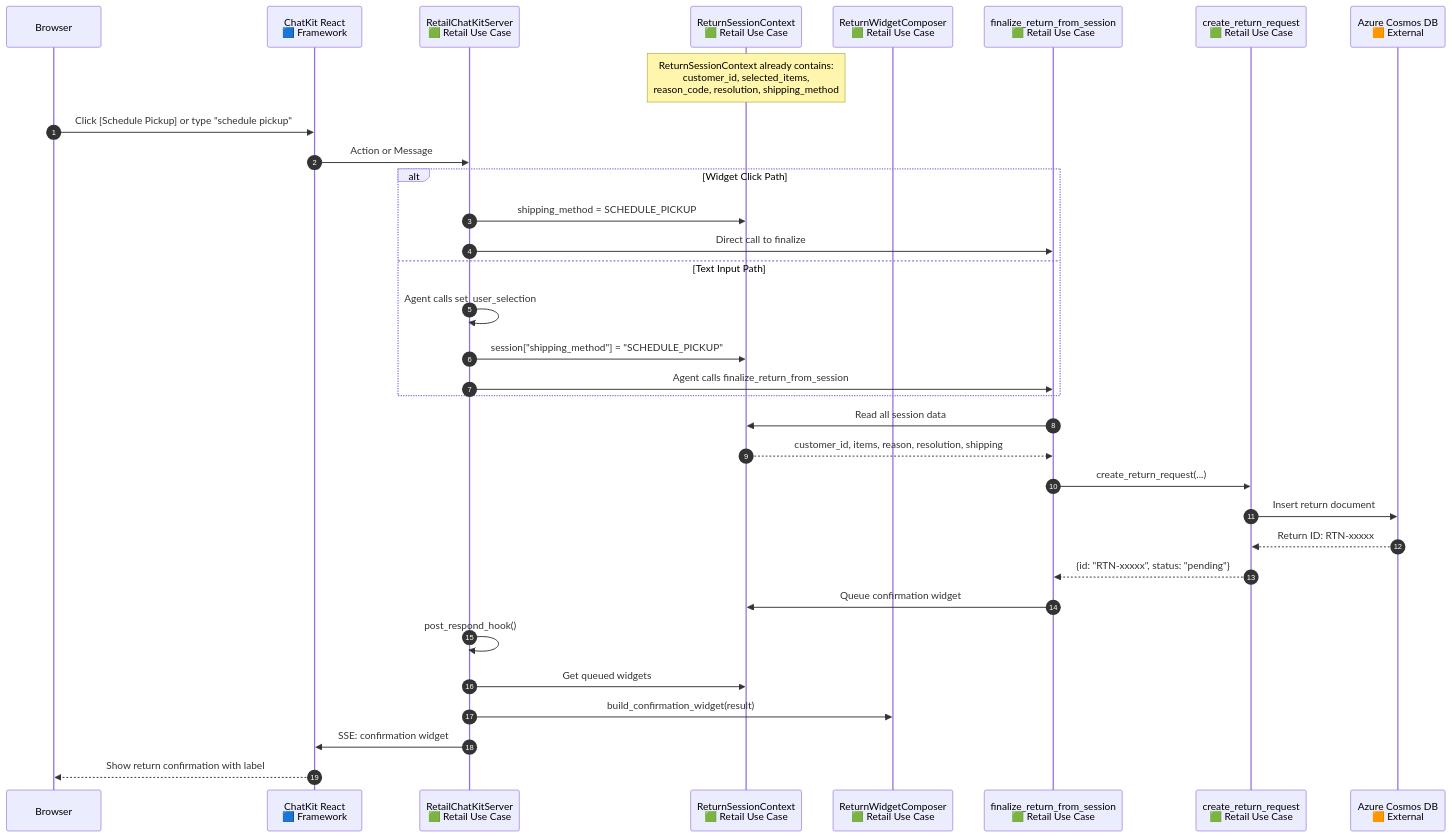
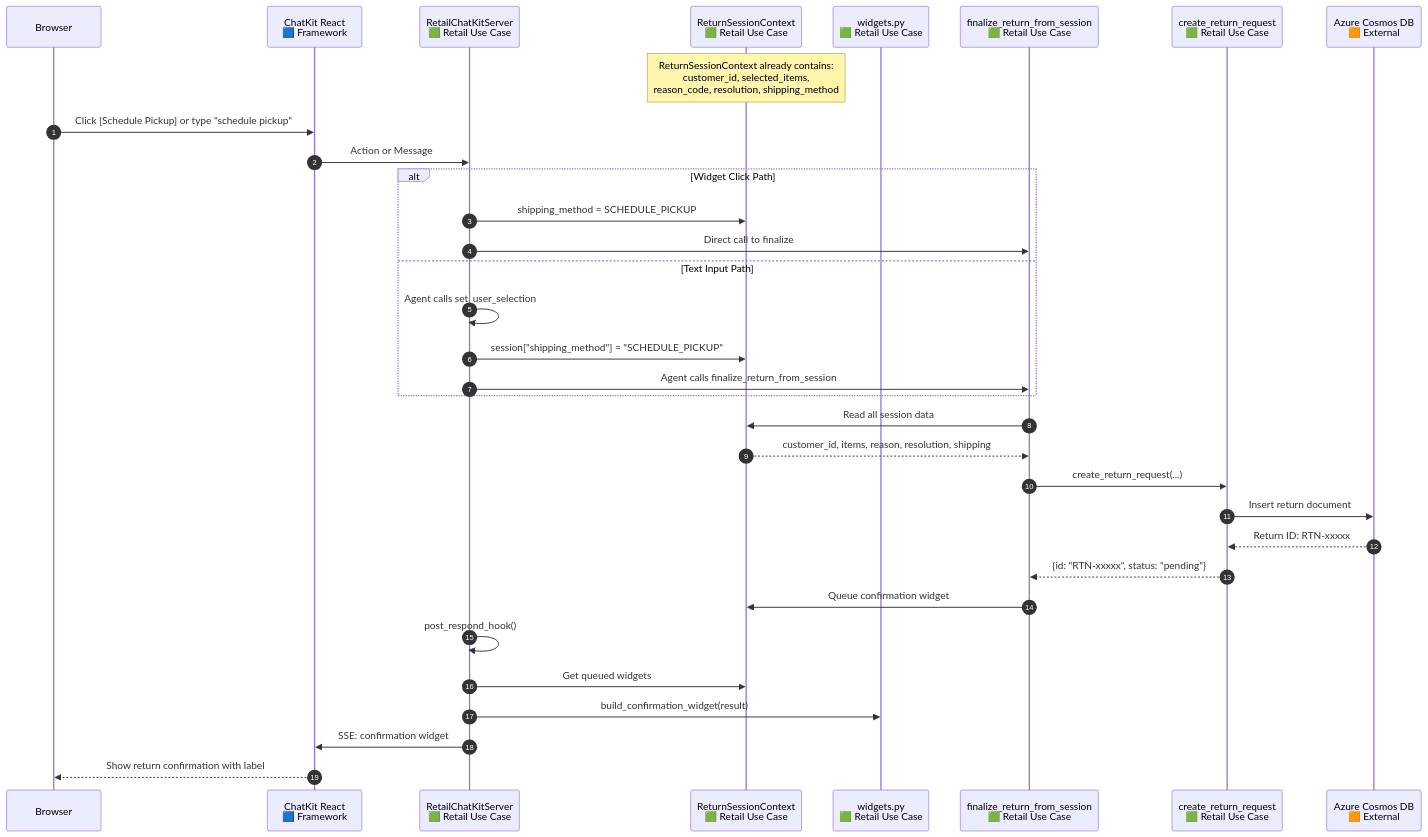
The eighth of 9 diagrams in docs/DIAGRAMS.md (MSFT-Innovation-Hub-India/Chatkit-Order-Return-Sample), drawn with Mermaid before and after one commit. The commit also changed other lines of this file and 7 other files, not shown here.

````diff
--- a/docs/DIAGRAMS.md
+++ b/docs/DIAGRAMS.md
@@ -633,42 +551,42 @@
 ```mermaid
 sequenceDiagram
     autonumber
     
     participant Browser
     participant ChatKitReact as ChatKit React<br/>🟦 Framework
     participant RetailServer as RetailChatKitServer<br/>🟩 Retail Use Case
     participant SessionCtx as ReturnSessionContext<br/>🟩 Retail Use Case
-    participant WidgetComposer as ReturnWidgetComposer<br/>🟩 Retail Use Case
+    participant Widgets as widgets.py<br/>🟩 Retail Use Case
     participant FinalizeTools as finalize_return_from_session<br/>🟩 Retail Use Case
     participant RetailTools as create_return_request<br/>🟩 Retail Use Case
     participant CosmosDB as Azure Cosmos DB<br/>🟧 External
 
     Note over SessionCtx: ReturnSessionContext already contains:<br/>customer_id, selected_items,<br/>reason_code, resolution, shipping_method
 
     Browser->>ChatKitReact: Click [Schedule Pickup] or type "schedule pickup"
     ChatKitReact->>RetailServer: Action or Message
     
     alt Widget Click Path
         RetailServer->>SessionCtx: shipping_method = SCHEDULE_PICKUP
         RetailServer->>FinalizeTools: Direct call to finalize
     else Text Input Path
         RetailServer->>RetailServer: Agent calls set_user_selection
         RetailServer->>SessionCtx: session["shipping_method"] = "SCHEDULE_PICKUP"
         RetailServer->>FinalizeTools: Agent calls finalize_return_from_session
     end
     
     FinalizeTools->>SessionCtx: Read all session data
     SessionCtx-->>FinalizeTools: customer_id, items, reason, resolution, shipping
     
     FinalizeTools->>RetailTools: create_return_request(...)
     RetailTools->>CosmosDB: Insert return document
     CosmosDB-->>RetailTools: Return ID: RTN-xxxxx
     RetailTools-->>FinalizeTools: {id: "RTN-xxxxx", status: "pending"}
     
     FinalizeTools->>SessionCtx: Queue confirmation widget
     RetailServer->>RetailServer: post_respond_hook()
     RetailServer->>SessionCtx: Get queued widgets
-    RetailServer->>WidgetComposer: build_confirmation_widget(result)
+    RetailServer->>Widgets: build_confirmation_widget(result)
     RetailServer->>ChatKitReact: SSE: confirmation widget
     ChatKitReact-->>Browser: Show return confirmation with label
 ```
````
